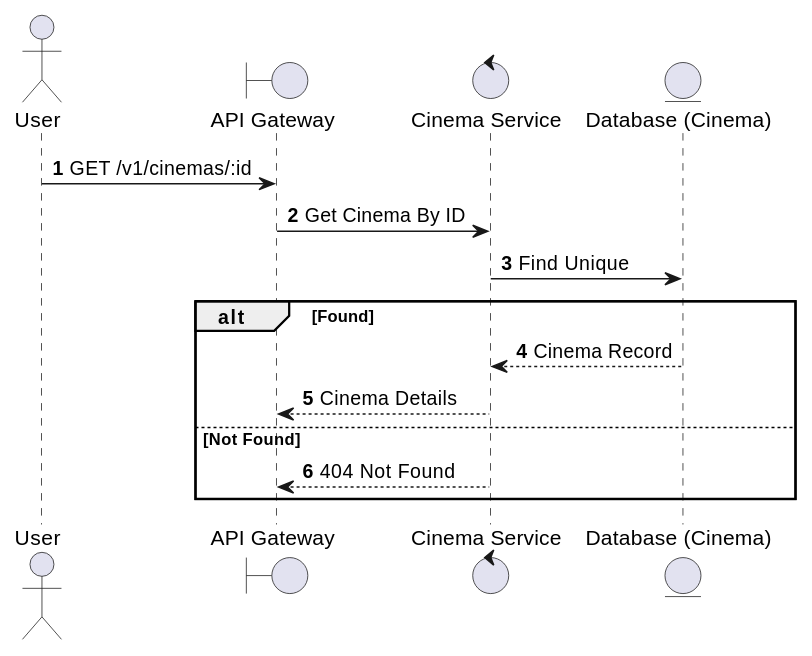
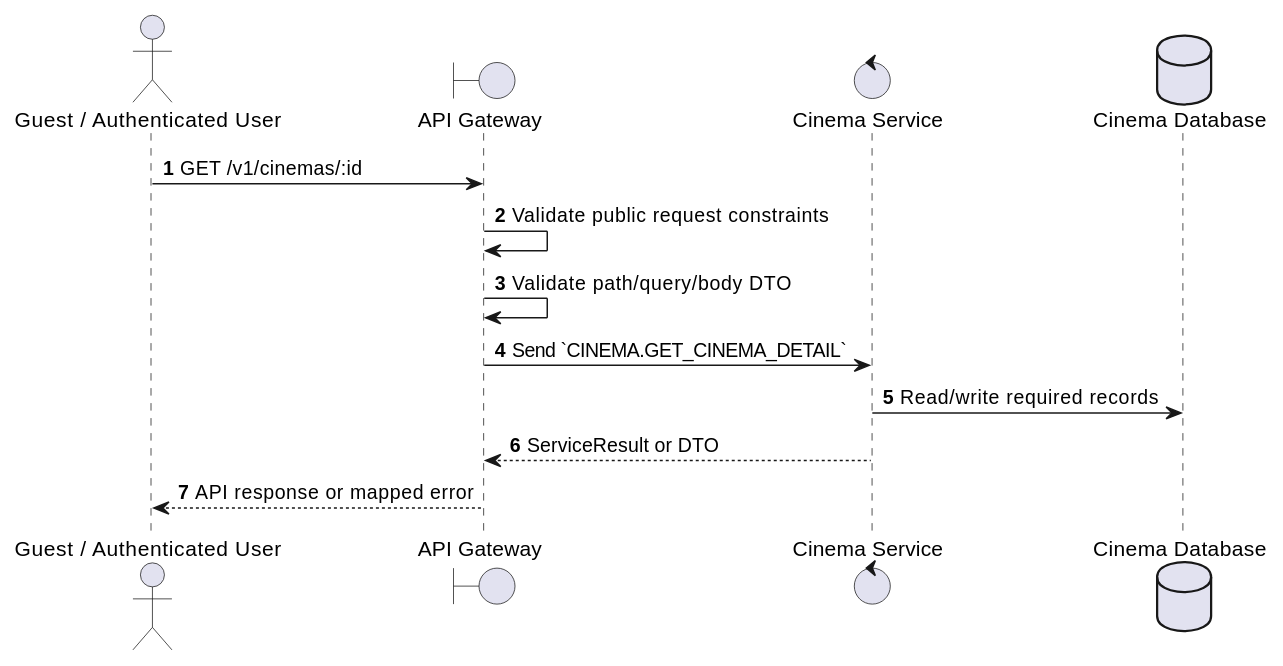
One commit to Tanh1603/movie-hub-architecture changed the first of 2 diagrams in docs/functional_specs/3.2.1_Cinema_Management/CM-05_Get_Cinema_Detail.md. Above: the diagram before and after it, drawn with PlantUML. The commit also changed other lines of this file and 126 other files, not shown here.

````diff
--- a/docs/functional_specs/3.2.1_Cinema_Management/CM-05_Get_Cinema_Detail.md
+++ b/docs/functional_specs/3.2.1_Cinema_Management/CM-05_Get_Cinema_Detail.md
@@ -17,19 +17,17 @@
 ```plantuml
 @startuml
 autonumber
-actor User
+actor "Guest / Authenticated User" as Actor
 boundary "API Gateway" as GW
-control "Cinema Service" as CS
-entity "Database (Cinema)" as DB
+control "Cinema Service" as SVC
+database "Cinema Database" as DB
 
-User -> GW: GET /v1/cinemas/:id
-GW -> CS: Get Cinema By ID
-CS -> DB: Find Unique
-alt Found
-    DB --> CS: Cinema Record
-    CS --> GW: Cinema Details
-else Not Found
-    CS --> GW: 404 Not Found
-end
+Actor -> GW: GET /v1/cinemas/:id
+GW -> GW: Validate public request constraints
+GW -> GW: Validate path/query/body DTO
+GW -> SVC: Send `CINEMA.GET_CINEMA_DETAIL`
+SVC -> DB: Read/write required records
+SVC --> GW: ServiceResult or DTO
+GW --> Actor: API response or mapped error
 @enduml
 ```
````
